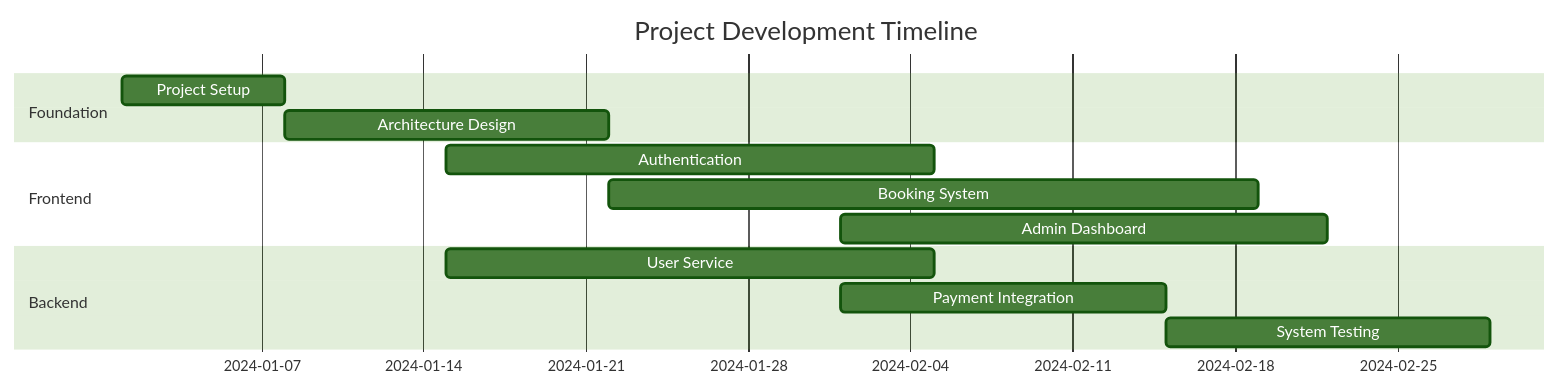
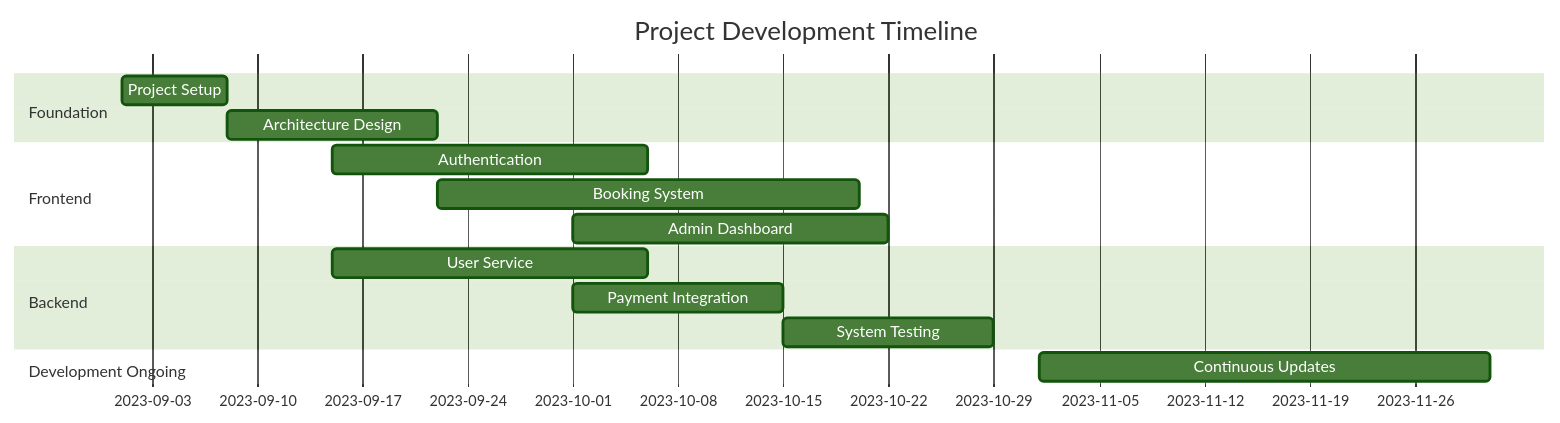
Before and after one commit to 6531503042/Sport-Complex: the diagram in README.md, drawn with Mermaid (forest theme). The commit also changed other lines of this file, not shown here.

````diff
--- a/README.md
+++ b/README.md
@@ -229,16 +229,18 @@
 ```mermaid
 gantt
     title Project Development Timeline
     dateFormat  YYYY-MM-DD
     section Foundation
-    Project Setup           :2024-01-01, 7d
-    Architecture Design     :2024-01-08, 14d
+    Project Setup           :2023-09-01, 7d
+    Architecture Design     :2023-09-08, 14d
     section Frontend
-    Authentication         :2024-01-15, 21d
-    Booking System        :2024-01-22, 28d
-    Admin Dashboard       :2024-02-01, 21d
+    Authentication         :2023-09-15, 21d
+    Booking System        :2023-09-22, 28d
+    Admin Dashboard       :2023-10-01, 21d
     section Backend
-    User Service          :2024-01-15, 21d
-    Payment Integration   :2024-02-01, 14d
-    System Testing        :2024-02-15, 14d
+    User Service          :2023-09-15, 21d
+    Payment Integration   :2023-10-01, 14d
+    System Testing        :2023-10-15, 14d
+    section Development Ongoing
+    Continuous Updates    :2023-11-01, 30d
 ```
````
